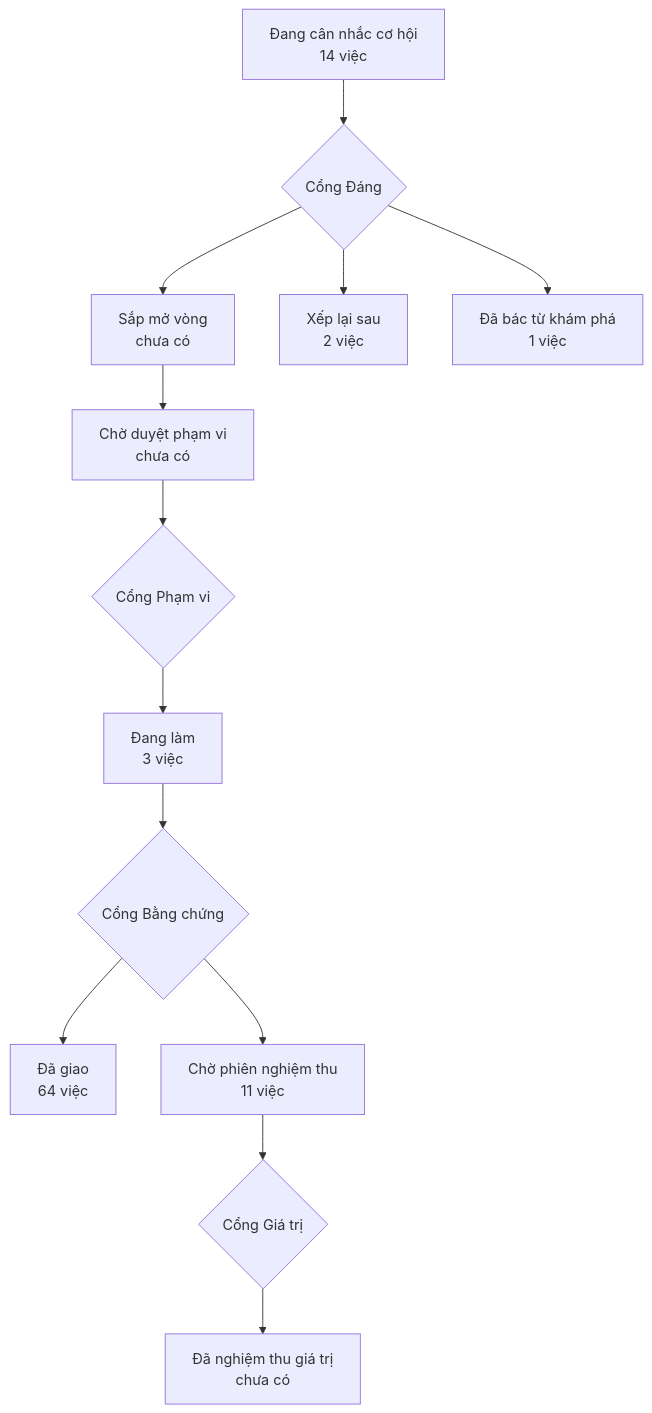
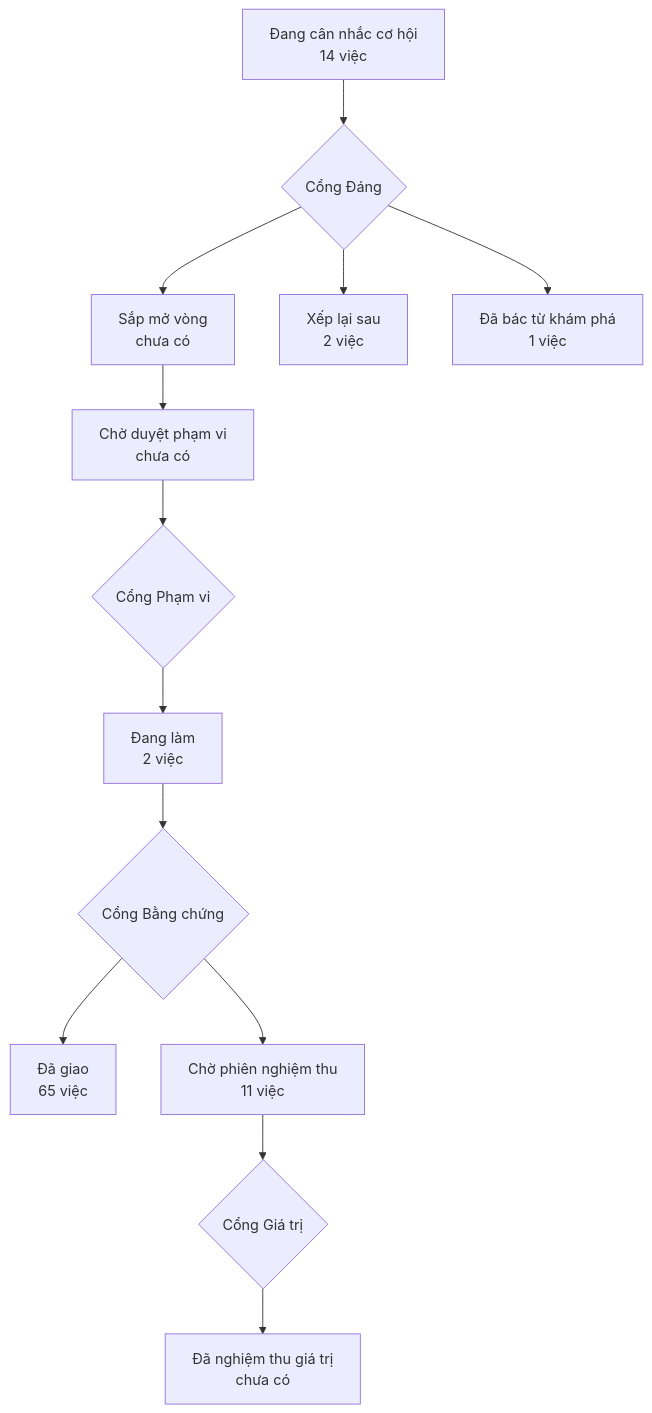
Before and after one commit to phanlemanh/acceptance-gate-kit: the diagram in PRODUCT-MAP.md, drawn with Mermaid. The commit also changed 3 other files, not shown here.

````diff
--- a/PRODUCT-MAP.md
+++ b/PRODUCT-MAP.md
@@ -6,12 +6,12 @@
 ```mermaid
 flowchart TD
   A["Đang cân nhắc cơ hội<br/>14 việc"] --> GD{"Cổng Đáng"}
   GD --> B["Sắp mở vòng<br/>chưa có"]
   GD --> XL["Xếp lại sau<br/>2 việc"]
   GD --> DB["Đã bác từ khám phá<br/>1 việc"]
   B --> CD["Chờ duyệt phạm vi<br/>chưa có"] --> GP{"Cổng Phạm vi"}
-  GP --> DL["Đang làm<br/>3 việc"] --> GB{"Cổng Bằng chứng"}
-  GB --> DG["Đã giao<br/>64 việc"]
+  GP --> DL["Đang làm<br/>2 việc"] --> GB{"Cổng Bằng chứng"}
+  GB --> DG["Đã giao<br/>65 việc"]
   GB --> CN["Chờ phiên nghiệm thu<br/>11 việc"] --> GG{"Cổng Giá trị"}
   GG --> NT["Đã nghiệm thu giá trị<br/>chưa có"]
 ```
````
